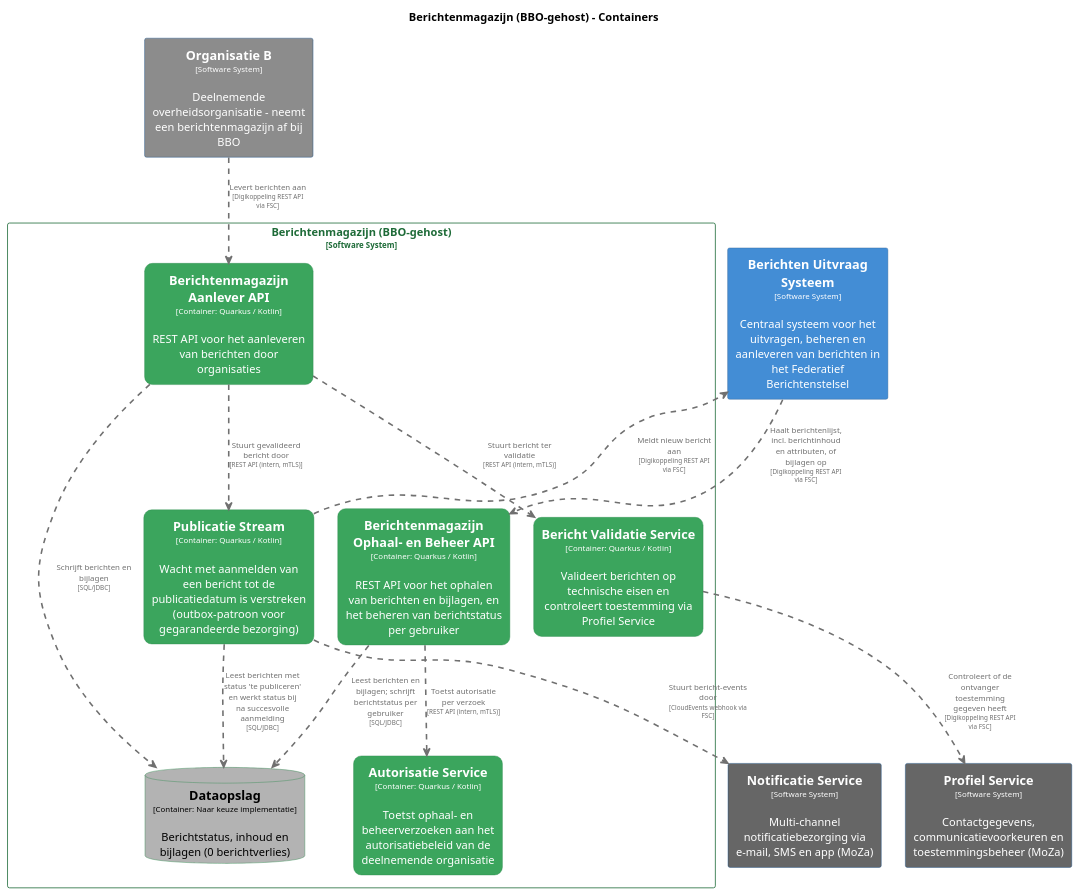
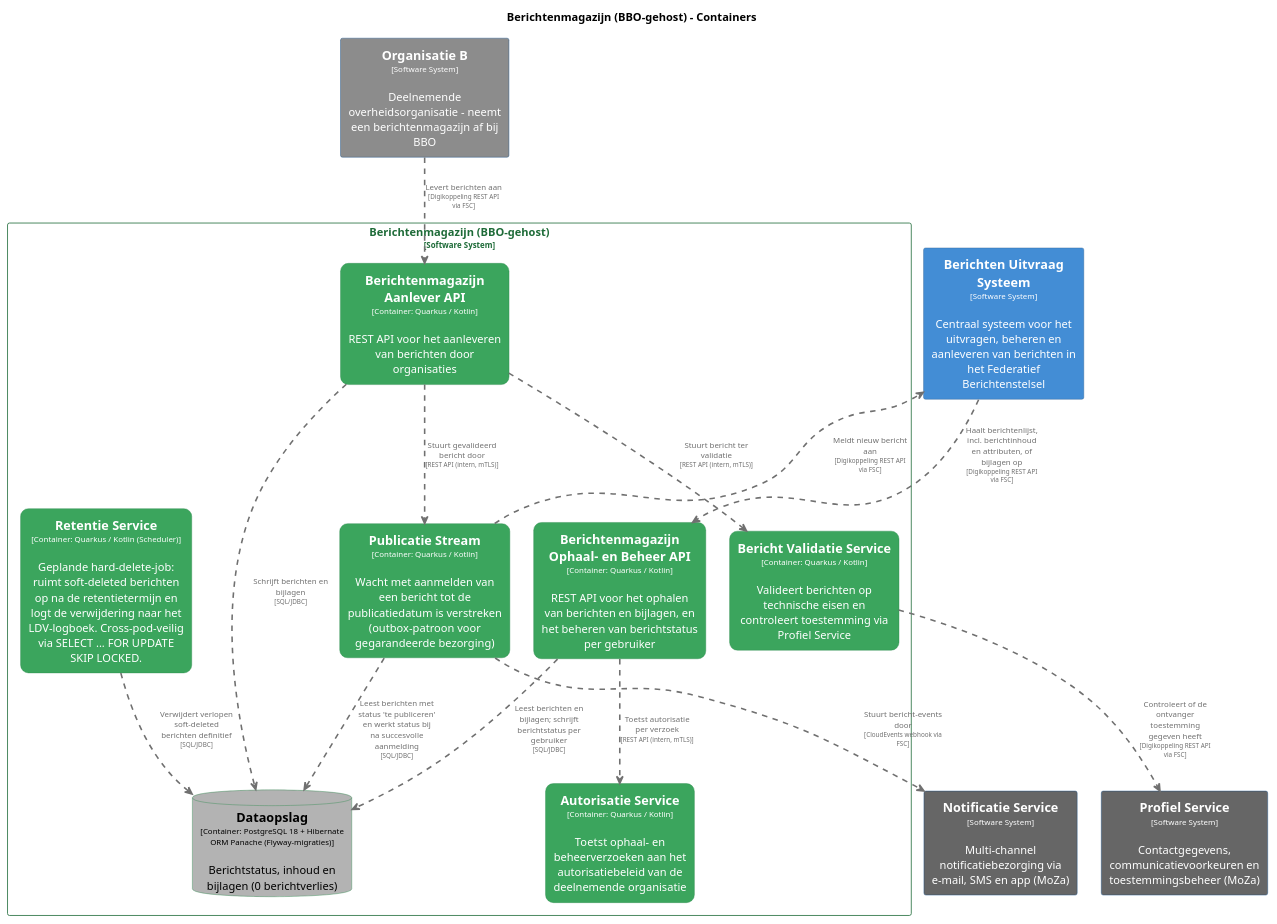
One commit to MinBZK/moza-poc-fbs-berichtenbox changed the diagram in master/puml/BerichtenmagazijnContainers.puml. Above: the diagram before and after it, drawn with PlantUML. The commit also changed 66 other files, not shown here.

```diff
--- a/master/puml/BerichtenmagazijnContainers.puml
+++ b/master/puml/BerichtenmagazijnContainers.puml
@@ -1,114 +1,123 @@
 @startuml
 set separator none
 title Berichtenmagazijn (BBO-gehost) - Containers
 
 top to bottom direction
 skinparam ranksep 60
 skinparam nodesep 30
 
 skinparam {
   arrowFontSize 10
   defaultTextAlignment center
   wrapWidth 200
   maxMessageSize 100
 }
 
 hide stereotype
 
 skinparam rectangle<<BerichtenmagazijnBBOgehost.AutorisatieService>> {
   BackgroundColor #3ba55d
   FontColor #ffffff
   BorderColor #2d8a4e
   roundCorner 20
   shadowing false
 }
 skinparam rectangle<<BerichtenmagazijnBBOgehost.BerichtValidatieService>> {
   BackgroundColor #3ba55d
   FontColor #ffffff
   BorderColor #2d8a4e
   roundCorner 20
   shadowing false
 }
 skinparam rectangle<<BerichtenUitvraagSysteem>> {
   BackgroundColor #438dd5
   FontColor #ffffff
   BorderColor #2e6295
   shadowing false
 }
 skinparam rectangle<<BerichtenmagazijnBBOgehost.BerichtenmagazijnAanleverAPI>> {
   BackgroundColor #3ba55d
   FontColor #ffffff
   BorderColor #2d8a4e
   roundCorner 20
   shadowing false
 }
 skinparam rectangle<<BerichtenmagazijnBBOgehost.BerichtenmagazijnOphaalenBeheerAPI>> {
   BackgroundColor #3ba55d
   FontColor #ffffff
   BorderColor #2d8a4e
   roundCorner 20
   shadowing false
 }
 skinparam database<<BerichtenmagazijnBBOgehost.Dataopslag>> {
   BackgroundColor #b3b3b3
   FontColor #000000
   BorderColor #2d8a4e
   shadowing false
 }
 skinparam rectangle<<NotificatieService>> {
   BackgroundColor #666666
   FontColor #ffffff
   BorderColor #0b4884
   shadowing false
 }
 skinparam rectangle<<OrganisatieB>> {
   BackgroundColor #8c8c8c
   FontColor #ffffff
   BorderColor #0b4884
   shadowing false
 }
 skinparam rectangle<<ProfielService>> {
   BackgroundColor #666666
   FontColor #ffffff
   BorderColor #0b4884
   shadowing false
 }
 skinparam rectangle<<BerichtenmagazijnBBOgehost.PublicatieStream>> {
   BackgroundColor #3ba55d
   FontColor #ffffff
   BorderColor #2d8a4e
   roundCorner 20
   shadowing false
 }
+skinparam rectangle<<BerichtenmagazijnBBOgehost.RetentieService>> {
+  BackgroundColor #3ba55d
+  FontColor #ffffff
+  BorderColor #2d8a4e
+  roundCorner 20
+  shadowing false
+}
 skinparam rectangle<<BerichtenmagazijnBBOgehost>> {
   BorderColor #1e6b38
   FontColor #1e6b38
   shadowing false
 }
 
 rectangle "==Profiel Service\n<size:10>[Software System]</size>\n\nContactgegevens, communicatievoorkeuren en toestemmingsbeheer (MoZa)" <<ProfielService>> as ProfielService
 rectangle "==Notificatie Service\n<size:10>[Software System]</size>\n\nMulti-channel notificatiebezorging via e-mail, SMS en app (MoZa)" <<NotificatieService>> as NotificatieService
 rectangle "==Organisatie B\n<size:10>[Software System]</size>\n\nDeelnemende overheidsorganisatie - neemt een berichtenmagazijn af bij BBO" <<OrganisatieB>> as OrganisatieB
 rectangle "==Berichten Uitvraag Systeem\n<size:10>[Software System]</size>\n\nCentraal systeem voor het uitvragen, beheren en aanleveren van berichten in het Federatief Berichtenstelsel" <<BerichtenUitvraagSysteem>> as BerichtenUitvraagSysteem
 
 rectangle "Berichtenmagazijn (BBO-gehost)\n<size:10>[Software System]</size>" <<BerichtenmagazijnBBOgehost>> {
   rectangle "==Berichtenmagazijn Ophaal- en Beheer API\n<size:10>[Container: Quarkus / Kotlin]</size>\n\nREST API voor het ophalen van berichten en bijlagen, en het beheren van berichtstatus per gebruiker" <<BerichtenmagazijnBBOgehost.BerichtenmagazijnOphaalenBeheerAPI>> as BerichtenmagazijnBBOgehost.BerichtenmagazijnOphaalenBeheerAPI
   rectangle "==Berichtenmagazijn Aanlever API\n<size:10>[Container: Quarkus / Kotlin]</size>\n\nREST API voor het aanleveren van berichten door organisaties" <<BerichtenmagazijnBBOgehost.BerichtenmagazijnAanleverAPI>> as BerichtenmagazijnBBOgehost.BerichtenmagazijnAanleverAPI
-  database "==Dataopslag\n<size:10>[Container: Naar keuze implementatie]</size>\n\nBerichtstatus, inhoud en bijlagen (0 berichtverlies)" <<BerichtenmagazijnBBOgehost.Dataopslag>> as BerichtenmagazijnBBOgehost.Dataopslag
+  database "==Dataopslag\n<size:10>[Container: PostgreSQL 18 + Hibernate ORM Panache (Flyway-migraties)]</size>\n\nBerichtstatus, inhoud en bijlagen (0 berichtverlies)" <<BerichtenmagazijnBBOgehost.Dataopslag>> as BerichtenmagazijnBBOgehost.Dataopslag
   rectangle "==Bericht Validatie Service\n<size:10>[Container: Quarkus / Kotlin]</size>\n\nValideert berichten op technische eisen en controleert toestemming via Profiel Service" <<BerichtenmagazijnBBOgehost.BerichtValidatieService>> as BerichtenmagazijnBBOgehost.BerichtValidatieService
   rectangle "==Publicatie Stream\n<size:10>[Container: Quarkus / Kotlin]</size>\n\nWacht met aanmelden van een bericht tot de publicatiedatum is verstreken (outbox-patroon voor gegarandeerde bezorging)" <<BerichtenmagazijnBBOgehost.PublicatieStream>> as BerichtenmagazijnBBOgehost.PublicatieStream
   rectangle "==Autorisatie Service\n<size:10>[Container: Quarkus / Kotlin]</size>\n\nToetst ophaal- en beheerverzoeken aan het autorisatiebeleid van de deelnemende organisatie" <<BerichtenmagazijnBBOgehost.AutorisatieService>> as BerichtenmagazijnBBOgehost.AutorisatieService
+  rectangle "==Retentie Service\n<size:10>[Container: Quarkus / Kotlin (Scheduler)]</size>\n\nGeplande hard-delete-job: ruimt soft-deleted berichten op na de retentietermijn en logt de verwijdering naar het LDV-logboek. Cross-pod-veilig via SELECT ... FOR UPDATE SKIP LOCKED." <<BerichtenmagazijnBBOgehost.RetentieService>> as BerichtenmagazijnBBOgehost.RetentieService
 }
 
 BerichtenUitvraagSysteem .[#707070,thickness=2].> BerichtenmagazijnBBOgehost.BerichtenmagazijnOphaalenBeheerAPI : "<color:#707070>Haalt berichtenlijst, incl. berichtinhoud en attributen, of bijlagen op\n<color:#707070><size:8>[Digikoppeling REST API via FSC]</size>"
 BerichtenmagazijnBBOgehost.PublicatieStream .[#707070,thickness=2].> BerichtenUitvraagSysteem : "<color:#707070>Meldt nieuw bericht aan\n<color:#707070><size:8>[Digikoppeling REST API via FSC]</size>"
 BerichtenmagazijnBBOgehost.PublicatieStream .[#707070,thickness=2].> NotificatieService : "<color:#707070>Stuurt bericht-events door\n<color:#707070><size:8>[CloudEvents webhook via FSC]</size>"
 OrganisatieB .[#707070,thickness=2].> BerichtenmagazijnBBOgehost.BerichtenmagazijnAanleverAPI : "<color:#707070>Levert berichten aan\n<color:#707070><size:8>[Digikoppeling REST API via FSC]</size>"
 BerichtenmagazijnBBOgehost.BerichtValidatieService .[#707070,thickness=2].> ProfielService : "<color:#707070>Controleert of de ontvanger toestemming gegeven heeft\n<color:#707070><size:8>[Digikoppeling REST API via FSC]</size>"
 BerichtenmagazijnBBOgehost.BerichtenmagazijnOphaalenBeheerAPI .[#707070,thickness=2].> BerichtenmagazijnBBOgehost.Dataopslag : "<color:#707070>Leest berichten en bijlagen; schrijft berichtstatus per gebruiker\n<color:#707070><size:8>[SQL/JDBC]</size>"
 BerichtenmagazijnBBOgehost.BerichtenmagazijnAanleverAPI .[#707070,thickness=2].> BerichtenmagazijnBBOgehost.Dataopslag : "<color:#707070>Schrijft berichten en bijlagen\n<color:#707070><size:8>[SQL/JDBC]</size>"
 BerichtenmagazijnBBOgehost.BerichtenmagazijnAanleverAPI .[#707070,thickness=2].> BerichtenmagazijnBBOgehost.BerichtValidatieService : "<color:#707070>Stuurt bericht ter validatie\n<color:#707070><size:8>[REST API (intern, mTLS)]</size>"
 BerichtenmagazijnBBOgehost.BerichtenmagazijnAanleverAPI .[#707070,thickness=2].> BerichtenmagazijnBBOgehost.PublicatieStream : "<color:#707070>Stuurt gevalideerd bericht door\n<color:#707070><size:8>[REST API (intern, mTLS)]</size>"
 BerichtenmagazijnBBOgehost.PublicatieStream .[#707070,thickness=2].> BerichtenmagazijnBBOgehost.Dataopslag : "<color:#707070>Leest berichten met status 'te publiceren' en werkt status bij na succesvolle aanmelding\n<color:#707070><size:8>[SQL/JDBC]</size>"
 BerichtenmagazijnBBOgehost.BerichtenmagazijnOphaalenBeheerAPI .[#707070,thickness=2].> BerichtenmagazijnBBOgehost.AutorisatieService : "<color:#707070>Toetst autorisatie per verzoek\n<color:#707070><size:8>[REST API (intern, mTLS)]</size>"
+BerichtenmagazijnBBOgehost.RetentieService .[#707070,thickness=2].> BerichtenmagazijnBBOgehost.Dataopslag : "<color:#707070>Verwijdert verlopen soft-deleted berichten definitief\n<color:#707070><size:8>[SQL/JDBC]</size>"
 @enduml
```
